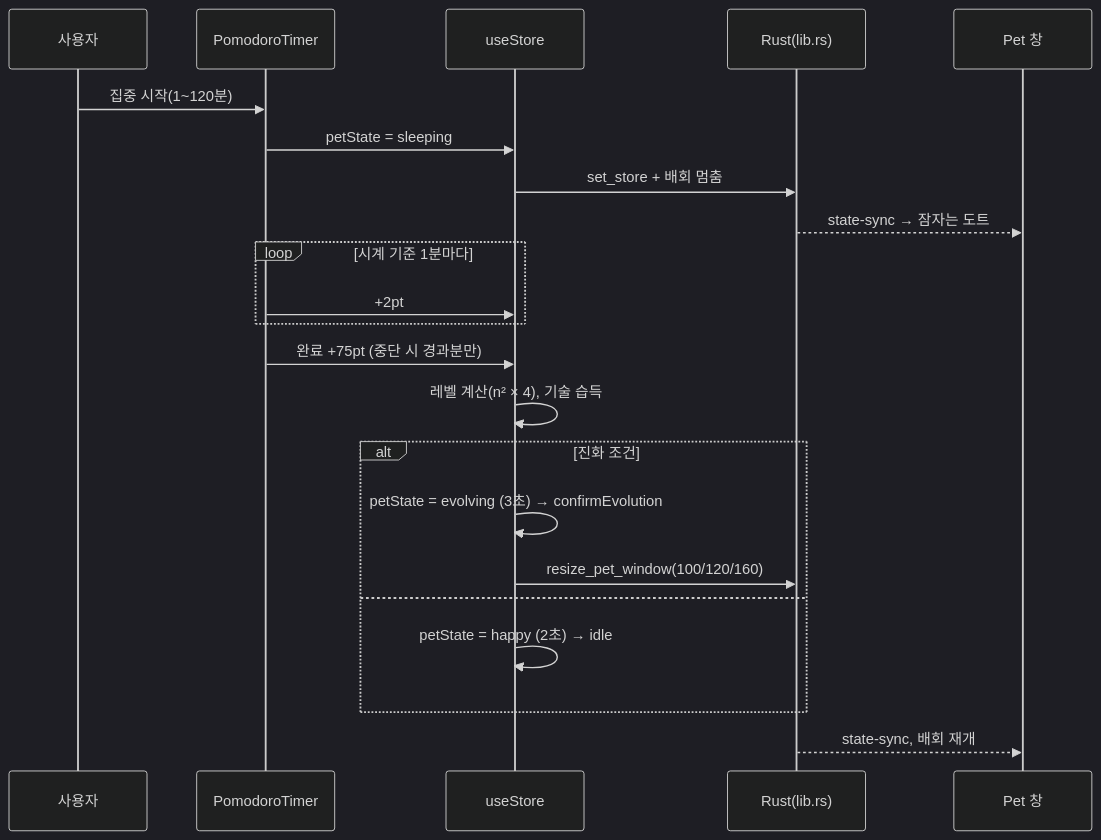
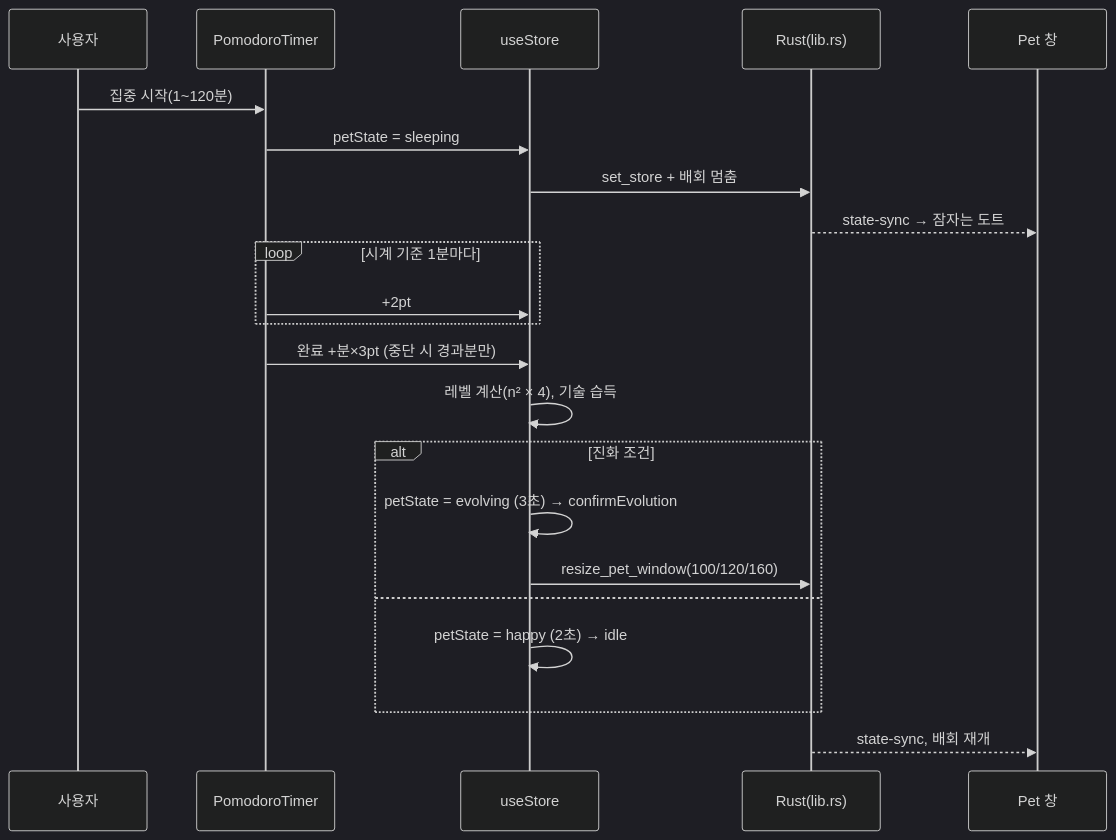
One commit to ESeungJun/poketmon_idle changed the first of 3 diagrams in docs/구현도.md. Above: the diagram before and after it, drawn with Mermaid (dark theme). The commit also changed other lines of this file and 36 other files, not shown here.

````diff
--- a/docs/구현도.md
+++ b/docs/구현도.md
@@ -44,24 +44,24 @@
 ```mermaid
 sequenceDiagram
   participant U as 사용자
   participant T as PomodoroTimer
   participant S as useStore
   participant R as Rust(lib.rs)
   participant P as Pet 창
   U->>T: 집중 시작(1~120분)
   T->>S: petState = sleeping
   S->>R: set_store + 배회 멈춤
   R-->>P: state-sync → 잠자는 도트
   loop 시계 기준 1분마다
     T->>S: +2pt
   end
-  T->>S: 완료 +75pt (중단 시 경과분만)
+  T->>S: 완료 +분×3pt (중단 시 경과분만)
   S->>S: 레벨 계산(n² × 4), 기술 습득
   alt 진화 조건
     S->>S: petState = evolving (3초) → confirmEvolution
     S->>R: resize_pet_window(100/120/160)
   else
     S->>S: petState = happy (2초) → idle
   end
   R-->>P: state-sync, 배회 재개
 ```
````
